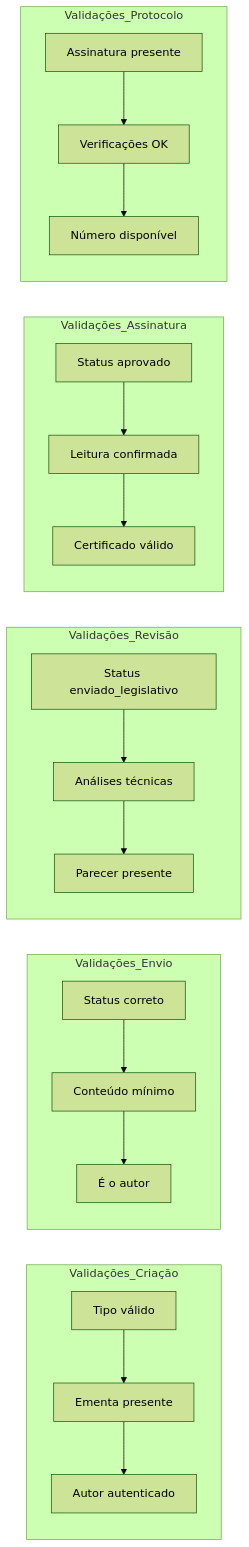
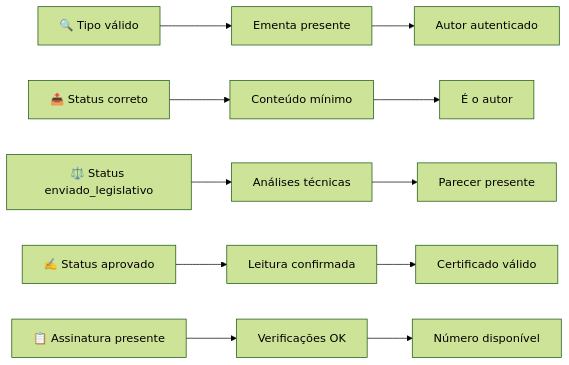
Before and after one commit to rangelbruno/legisinc-v3: diagram 12 of 19 in docs/FLUXO-PROPOSICOES-MERMAID.md, drawn with Mermaid (forest theme). The commit also changed other lines of this file and 21 other files, not shown here.

Commit message:
docs(architecture): add complete system architecture and operational flow diagrams

````diff
--- a/docs/FLUXO-PROPOSICOES-MERMAID.md
+++ b/docs/FLUXO-PROPOSICOES-MERMAID.md
@@ -553,37 +526,33 @@
 ```mermaid
-flowchart LR
-    subgraph Validações_Criação
-        VC1[Tipo válido]
-        VC2[Ementa presente]
-        VC3[Autor autenticado]
-        VC1 --> VC2 --> VC3
-    end
-    
-    subgraph Validações_Envio
-        VE1[Status correto]
-        VE2[Conteúdo mínimo]
-        VE3[É o autor]
-        VE1 --> VE2 --> VE3
-    end
-    
-    subgraph Validações_Revisão
-        VR1[Status enviado_legislativo]
-        VR2[Análises técnicas]
-        VR3[Parecer presente]
-        VR1 --> VR2 --> VR3
-    end
-    
-    subgraph Validações_Assinatura
-        VA1[Status aprovado]
-        VA2[Leitura confirmada]
-        VA3[Certificado válido]
-        VA1 --> VA2 --> VA3
-    end
-    
-    subgraph Validações_Protocolo
-        VP1[Assinatura presente]
-        VP2[Verificações OK]
-        VP3[Número disponível]
-        VP1 --> VP2 --> VP3
-    end
+graph LR
+    %% Validações de Criação
+    VC1[🔍 Tipo válido]
+    VC2[Ementa presente]
+    VC3[Autor autenticado]
+
+    %% Validações de Envio
+    VE1[📤 Status correto]
+    VE2[Conteúdo mínimo]
+    VE3[É o autor]
+
+    %% Validações de Revisão
+    VR1[⚖️ Status enviado_legislativo]
+    VR2[Análises técnicas]
+    VR3[Parecer presente]
+
+    %% Validações de Assinatura
+    VA1[✍️ Status aprovado]
+    VA2[Leitura confirmada]
+    VA3[Certificado válido]
+
+    %% Validações de Protocolo
+    VP1[📋 Assinatura presente]
+    VP2[Verificações OK]
+    VP3[Número disponível]
+
+    VC1 --> VC2 --> VC3
+    VE1 --> VE2 --> VE3
+    VR1 --> VR2 --> VR3
+    VA1 --> VA2 --> VA3
+    VP1 --> VP2 --> VP3
 ```
````
